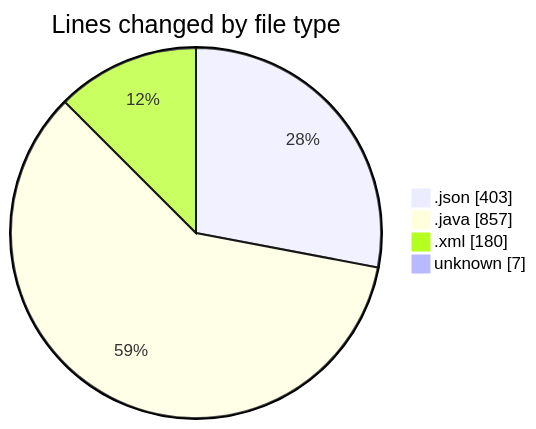
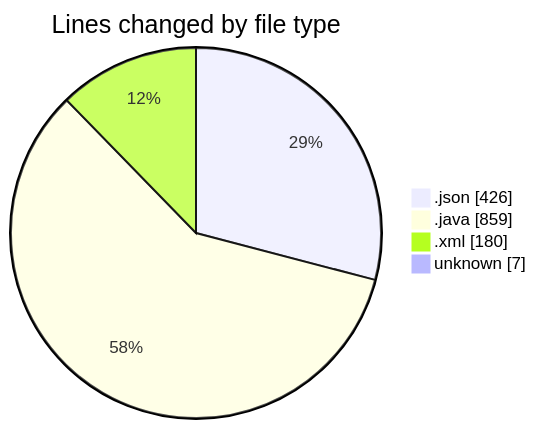
The first of 2 diagrams in 2025-02-23/codepack/README.md (charlie-sans/code-tracking), drawn with Mermaid before and after one commit. The commit also changed other lines of this file and 1 other file, not shown here.

````diff
--- a/2025-02-23/codepack/README.md
+++ b/2025-02-23/codepack/README.md
@@ -27,8 +27,8 @@
 ```mermaid
 pie showData
 title Lines changed by file type
-".json" : 403
-".java" : 857
+".json" : 426
+".java" : 859
 ".xml" : 180
 "unknown" : 7
 ```
````
